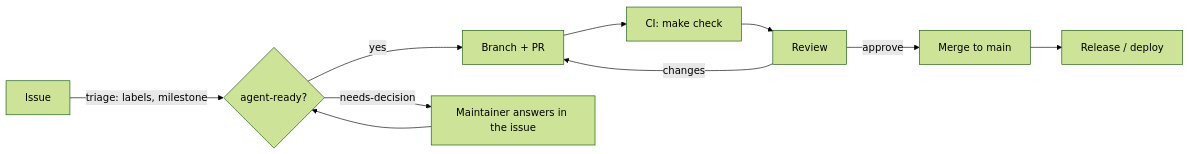
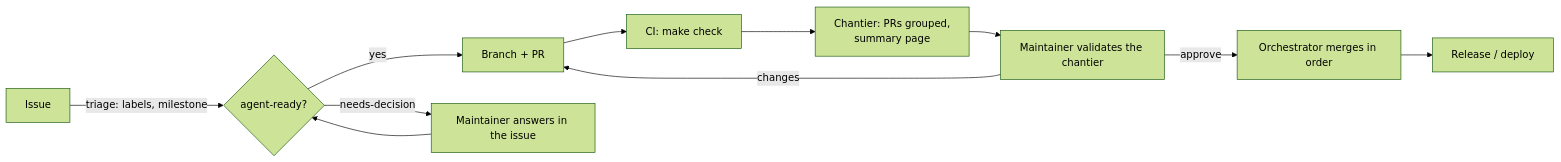
One commit to Arffornia/docs changed the diagram in docs/contributing/workflow.md. Above: the diagram before and after it, drawn with Mermaid (forest theme). The commit also changed other lines of this file and 7 other files, not shown here.

````diff
--- a/docs/contributing/workflow.md
+++ b/docs/contributing/workflow.md
@@ -3,11 +3,12 @@
 ```mermaid
 flowchart LR
   I[Issue] -->|triage: labels, milestone| R{agent-ready?}
   R -->|yes| B[Branch + PR]
   R -->|needs-decision| M[Maintainer answers in the issue] --> R
   B --> C[CI: make check]
-  C --> V[Review]
+  C --> H[Chantier: PRs grouped,<br/>summary page]
+  H --> V[Maintainer validates the chantier]
   V -->|changes| B
-  V -->|approve| G[Merge to main]
+  V -->|approve| G[Orchestrator merges in order]
   G --> P[Release / deploy]
 ```
````
